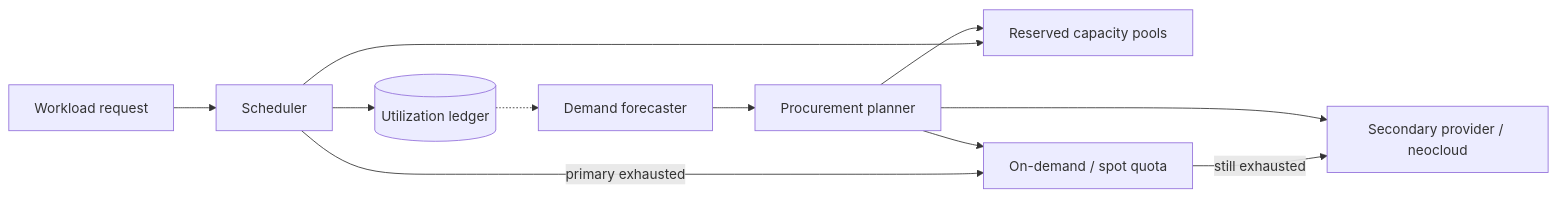
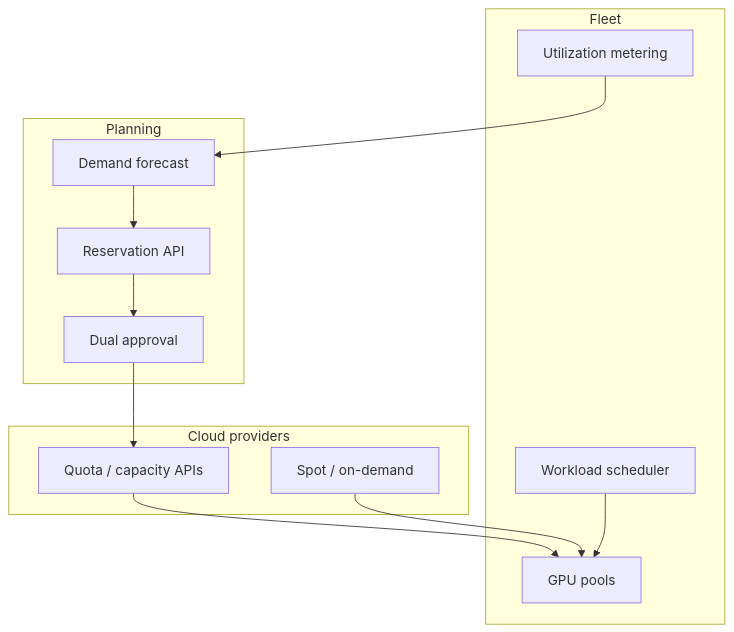
Before and after one commit to vpeetla-ai/ai-architect-interview-playbook: the diagram in cloud-architecture/01-gpu-capacity-planning-and-procurement.md, drawn with Mermaid. The commit also changed other lines of this file and 54 other files, not shown here.

First line of the commit message:
Upgrade system-design APIs and replace HLD flowcharts with architecture diagrams.

````diff
--- a/cloud-architecture/01-gpu-capacity-planning-and-procurement.md
+++ b/cloud-architecture/01-gpu-capacity-planning-and-procurement.md
@@ -60,13 +76,22 @@
 ```mermaid
-flowchart LR
-    FCST[Demand forecaster] --> PLANNER[Procurement planner]
-    PLANNER --> RES[Reserved capacity pools]
-    PLANNER --> OND[On-demand / spot quota]
-    PLANNER --> SEC[Secondary provider / neocloud]
-    WORK[Workload request] --> SCHED[Scheduler]
-    SCHED --> RES
-    SCHED -->|primary exhausted| OND
-    OND -->|still exhausted| SEC
-    SCHED --> UTIL[(Utilization ledger)]
-    UTIL -.-> FCST
+graph TB
+  subgraph planning [Planning]
+    Forecast[Demand forecast]
+    Reserv[Reservation API]
+    Approve[Dual approval]
+  end
+  subgraph cloud [Cloud providers]
+    Quota[Quota / capacity APIs]
+    Market[Spot / on-demand]
+  end
+  subgraph fleet [Fleet]
+    Pools[GPU pools]
+    Sched[Workload scheduler]
+    Util[Utilization metering]
+  end
+  Forecast --> Reserv --> Approve --> Quota
+  Quota --> Pools
+  Market --> Pools
+  Sched --> Pools
+  Util --> Forecast
 ```
````
